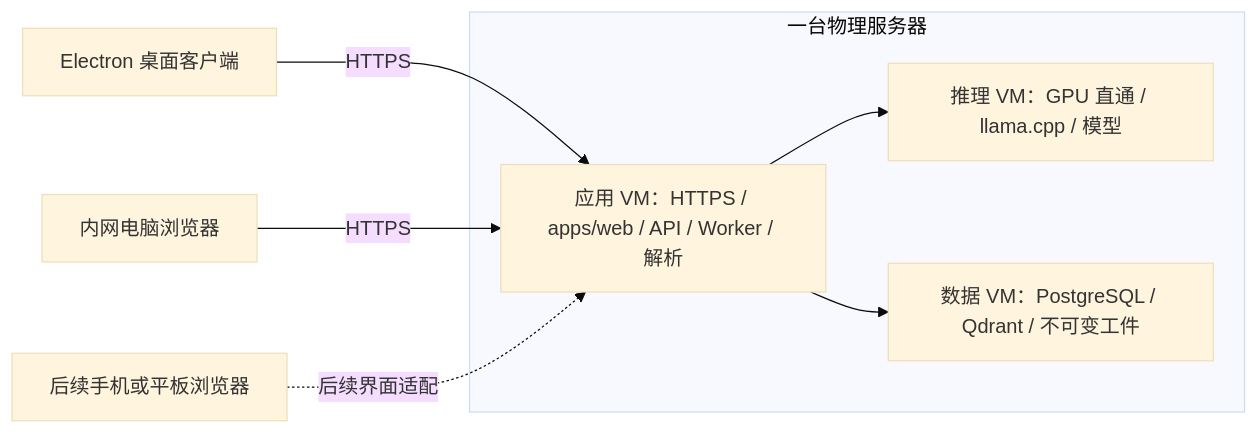
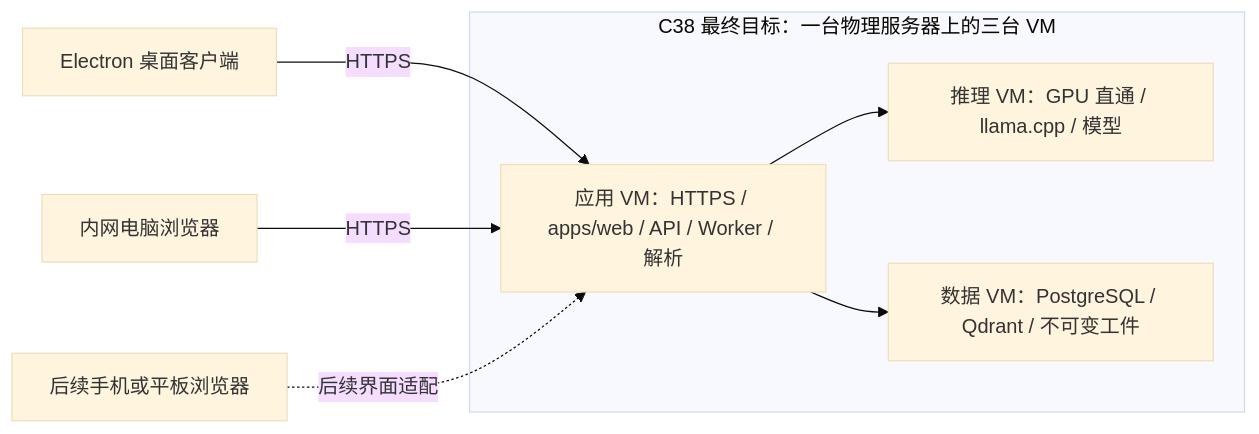
Before and after one commit to leike0813/RiskFlow: the diagram in .scratch/riskflow-master-plan/prototypes/desktop-client-architecture.md, drawn with Mermaid (base theme). The commit also changed other lines of this file and 141 other files, not shown here.

````diff
--- a/.scratch/riskflow-master-plan/prototypes/desktop-client-architecture.md
+++ b/.scratch/riskflow-master-plan/prototypes/desktop-client-architecture.md
@@ -11,16 +11,16 @@
 ```mermaid
 flowchart LR
     Desktop[Electron 桌面客户端]
     Browser[内网电脑浏览器]
     Mobile[后续手机或平板浏览器]
-    subgraph Server[一台物理服务器]
+    subgraph Server[C38 最终目标：一台物理服务器上的三台 VM]
         App[应用 VM：HTTPS / apps/web / API / Worker / 解析]
         Model[推理 VM：GPU 直通 / llama.cpp / 模型]
         Data[数据 VM：PostgreSQL / Qdrant / 不可变工件]
         App --> Model
         App --> Data
     end
     Desktop -->|HTTPS| App
     Browser -->|HTTPS| App
     Mobile -.后续界面适配.-> App
 ```
````
